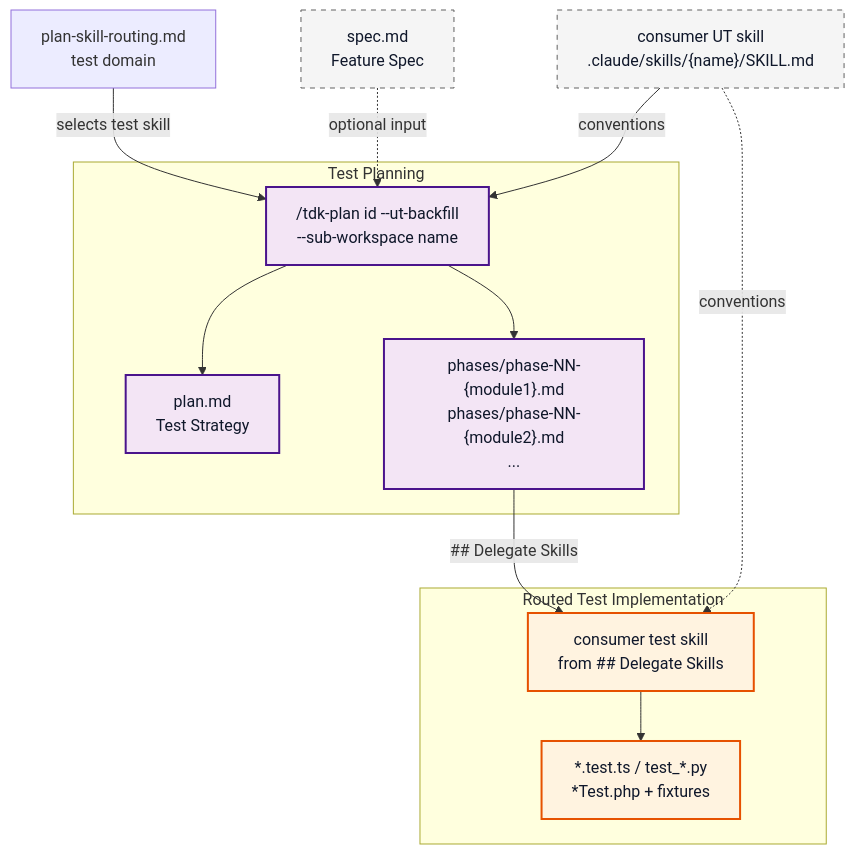
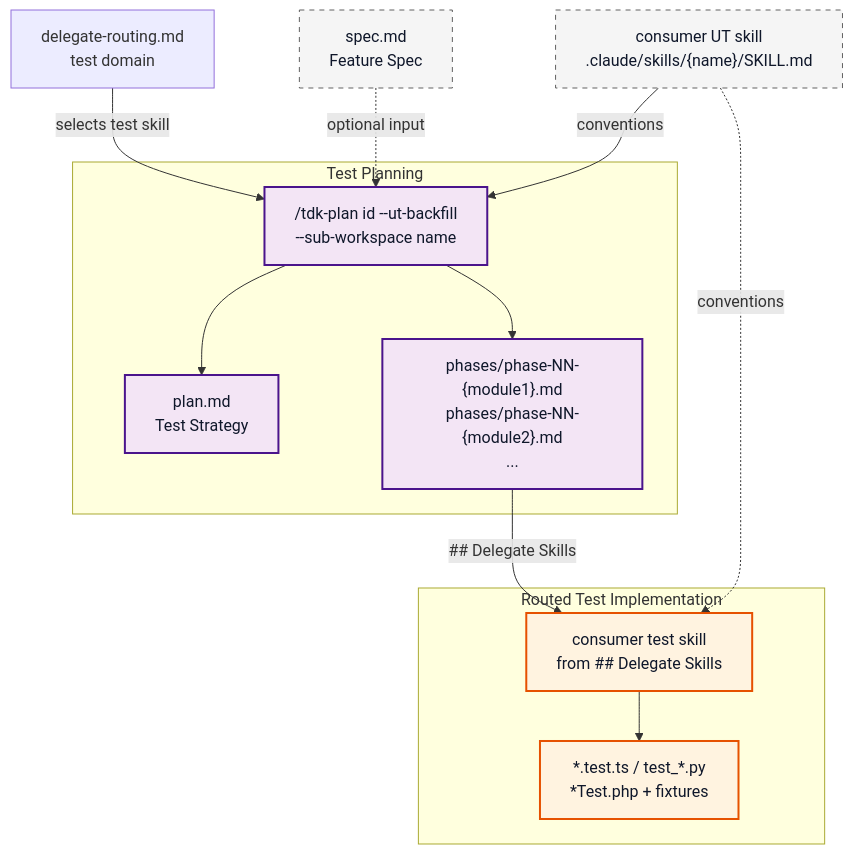
Before and after one commit to vinhltt/tdk: the fifth of 8 diagrams in .specify/docs/en/guides/workflow-map.md, drawn with Mermaid. The commit also changed other lines of this file and 87 other files, not shown here.

````diff
--- a/.specify/docs/en/guides/workflow-map.md
+++ b/.specify/docs/en/guides/workflow-map.md
@@ -234,36 +234,36 @@
 ```mermaid
 flowchart TD
     SPEC_UT[spec.md<br/>Feature Spec]
     UT_SKILL["consumer UT skill<br/>.claude/skills/{name}/SKILL.md"]
 
     subgraph PLANNING_UT["Test Planning"]
         UT_PLAN_CMD["/tdk-plan id --ut-backfill<br/>--sub-workspace name"]
         UT_PLAN["plan.md<br/>Test Strategy"]
         UT_PHASES["phases/phase-NN-{module1}.md<br/>phases/phase-NN-{module2}.md<br/>..."]
     end
 
     subgraph GENERATION_UT["Routed Test Implementation"]
         UT_GEN["consumer test skill<br/>from ## Delegate Skills"]
         TEST_FILES["*.test.ts / test_*.py<br/>*Test.php + fixtures"]
     end
 
-    ROUTING["plan-skill-routing.md<br/>test domain"]
+    ROUTING["delegate-routing.md<br/>test domain"]
 
     ROUTING -->|selects test skill| UT_PLAN_CMD
     UT_SKILL -->|conventions| UT_PLAN_CMD
     UT_PLAN_CMD --> UT_PLAN
     UT_PLAN_CMD --> UT_PHASES
     UT_PHASES -->|## Delegate Skills| UT_GEN
     UT_SKILL -.->|conventions| UT_GEN
     UT_GEN --> TEST_FILES
     SPEC_UT -.->|optional input| UT_PLAN_CMD
 
     classDef planning fill:#f3e5f5,stroke:#4a148c,stroke-width:2px,color:#0f172a
     classDef generation fill:#fff3e0,stroke:#e65100,stroke-width:2px,color:#0f172a
     classDef orchestrator fill:#e1f5ff,stroke:#01579b,stroke-width:2px,color:#0f172a
     classDef reference fill:#f5f5f5,stroke:#616161,stroke-width:1px,stroke-dasharray: 5 5,color:#0f172a
 
     class UT_PLAN_CMD,UT_PLAN,UT_PHASES planning
     class UT_GEN,TEST_FILES generation
     class SPEC_UT,UT_SKILL reference
 ```
````
